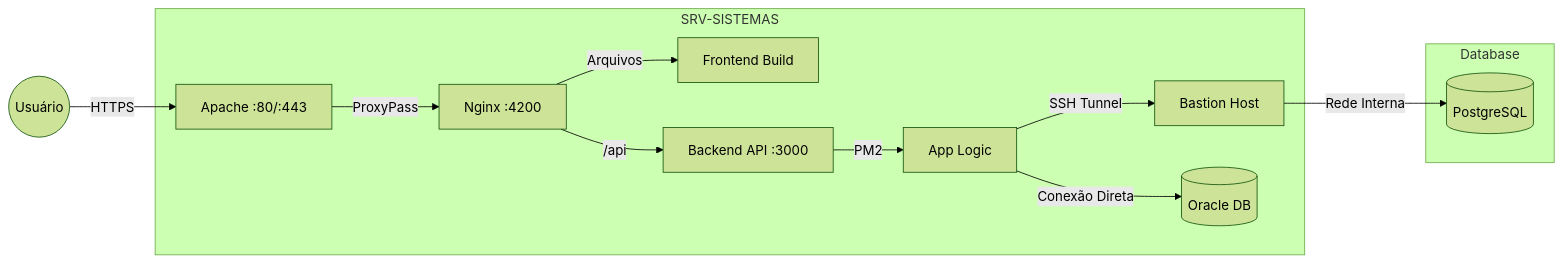
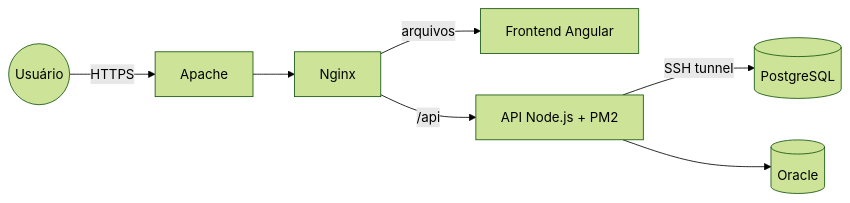
Before and after one commit to lucaswotta/recicle-hub-public: the diagram in README.md, drawn with Mermaid (forest theme). The commit also changed other lines of this file, not shown here.

````diff
--- a/README.md
+++ b/README.md
@@ -28,15 +23,9 @@
 ```mermaid
 graph LR
-    User((Usuário)) -- HTTPS --> Apache[Apache :80/:443]
-    subgraph Servidor[SRV-SISTEMAS]
-        Apache -- ProxyPass --> Nginx[Nginx :4200]
-        Nginx -- Arquivos --> Angular[Frontend Build]
-        Nginx -- /api --> Node[Backend API :3000]
-        Node -- PM2 --> App[App Logic]
-        App -- SSH Tunnel --> Bastion[Bastion Host]
-        App -- Conexão Direta --> Oracle[(Oracle DB)]
-    end
-    subgraph Database
-        Bastion -- Rede Interna --> Postgres[(PostgreSQL)]
-    end
+    User((Usuário)) -- HTTPS --> Apache
+    Apache --> Nginx
+    Nginx -- arquivos --> Angular[Frontend Angular]
+    Nginx -- /api --> Node[API Node.js + PM2]
+    Node -- SSH tunnel --> Postgres[(PostgreSQL)]
+    Node --> Oracle[(Oracle)]
 ```
````
